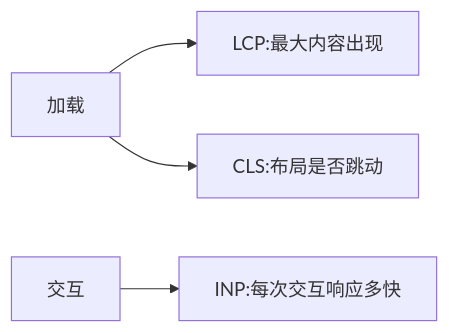
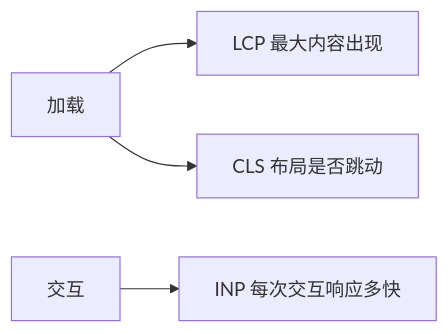
The diagram in frontend-knowledge-base/卷十-性能优化与工程质量/10.1-性能指标与CoreWebVitals.md (inspire-man/frontend-knowledge-base), drawn with Mermaid before and after one commit. The commit also changed other lines of this file and 7 other files, not shown here.

````diff
--- a/frontend-knowledge-base/卷十-性能优化与工程质量/10.1-性能指标与CoreWebVitals.md
+++ b/frontend-knowledge-base/卷十-性能优化与工程质量/10.1-性能指标与CoreWebVitals.md
@@ -22,6 +22,6 @@
 ```mermaid
 flowchart LR
-    A[加载] --> B[LCP:最大内容出现]
-    A --> C[CLS:布局是否跳动]
-    D[交互] --> E[INP:每次交互响应多快]
+    A[加载] --> B[LCP 最大内容出现]
+    A --> C[CLS 布局是否跳动]
+    D[交互] --> E[INP 每次交互响应多快]
 ```
````
